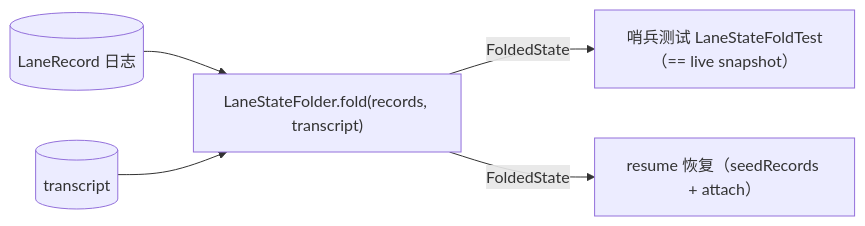
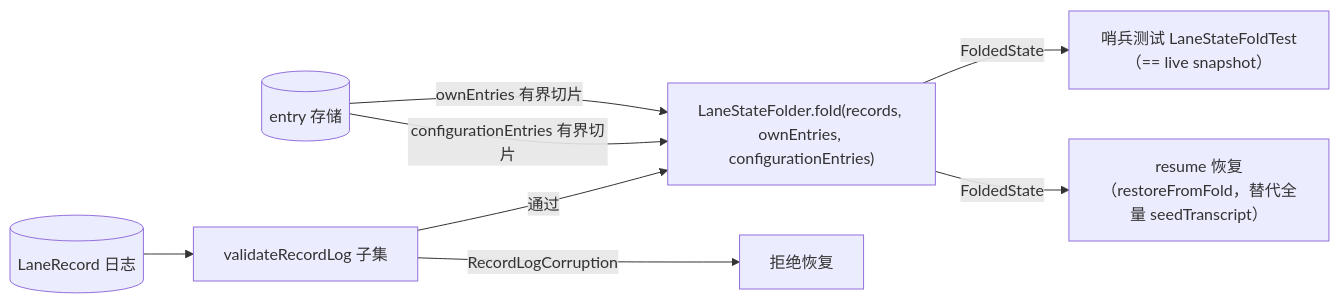
Before and after one commit to liangxingguang/pi-java: the second of 2 diagrams in docs/21-record-log-fold-design.md, drawn with Mermaid. The commit also changed other lines of this file and 2 other files, not shown here.

First line of the commit message:
docs(agent-core): 21 record-log fold design (pi-style bounded slices) + 02/03 addendum

````diff
--- a/docs/21-record-log-fold-design.md
+++ b/docs/21-record-log-fold-design.md
@@ -201,7 +257,10 @@
 ```mermaid
 flowchart LR
-    R[(LaneRecord 日志)] --> K["LaneStateFolder.fold(records, transcript)"]
-    T[(transcript)] --> K
+    R[(LaneRecord 日志)] --> V["validateRecordLog 子集"]
+    E[(entry 存储)] -->|ownEntries 有界切片| K["LaneStateFolder.fold(records, ownEntries, configurationEntries)"]
+    E -->|configurationEntries 有界切片| K
+    V -->|RecordLogCorruption| X["拒绝恢复"]
+    V -->|通过| K
     K -->|FoldedState| S["哨兵测试 LaneStateFoldTest（== live snapshot）"]
-    K -->|FoldedState| X["resume 恢复（seedRecords + attach）"]
+    K -->|FoldedState| X2["resume 恢复（restoreFromFold，替代全量 seedTranscript）"]
 ```
````
